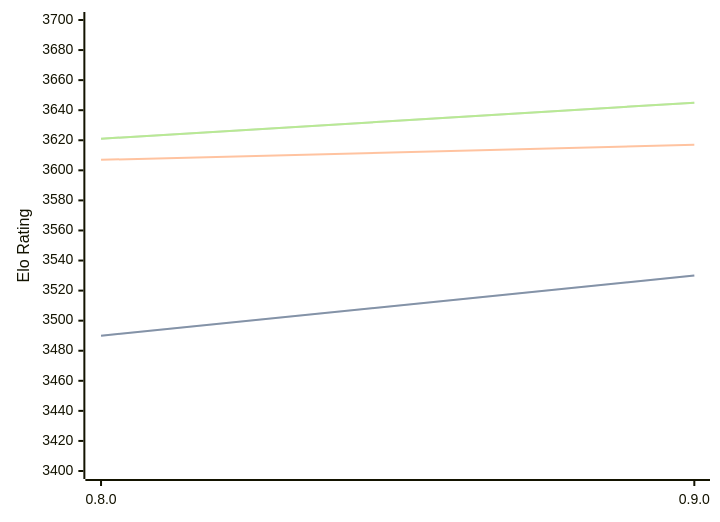
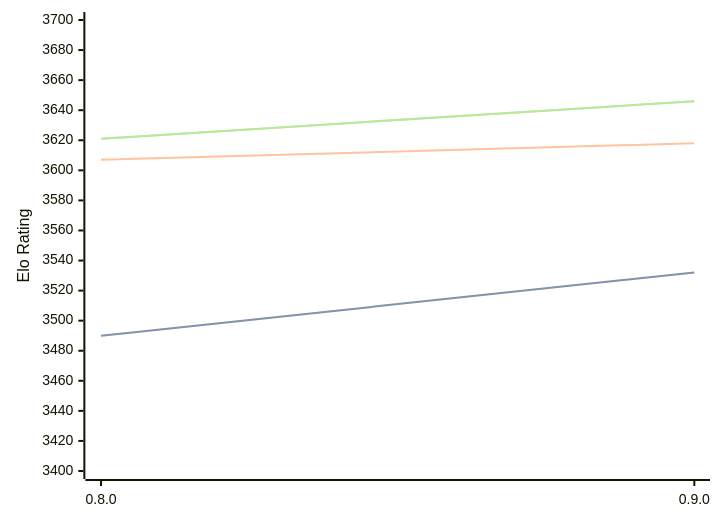
One commit to computer-chess-index/cci changed the diagram in engines/Reckless.md. Above: the diagram before and after it, drawn with Mermaid. The commit also changed other lines of this file, not shown here.

Commit message:
Update CCI Ratings (ELO VLTC) - 2026-05-14

````diff
--- a/engines/Reckless.md
+++ b/engines/Reckless.md
@@ -39,11 +39,11 @@
 ```mermaid
 %%{init: {"theme":"base","themeVariables":{"seriesColors:['#a3a3a3','#222221','#faa371']}}}%%
 xychart-beta
   x-axis ["0.8.0", "0.9.0"]
   y-axis "Elo Rating" 3400 --> 3700
-  line "STC (8.0+0.08s)" [3490, 3530]
-  line "STC (8.0+0.08s)" [3490, 3530]
-  line "LTC (60.0+0.60s)" [3607, 3617]
-  line "VLTC (2m24s+1.12s)" [3621, 3645]
-  line "VLTC (2m24s+1.12s)" [3621, 3645]
+  line "STC (8.0+0.08s)" [3490, 3532]
+  line "STC (8.0+0.08s)" [3490, 3532]
+  line "LTC (60.0+0.60s)" [3607, 3618]
+  line "VLTC (2m24s+1.12s)" [3621, 3646]
+  line "VLTC (2m24s+1.12s)" [3621, 3646]
 ```
````
